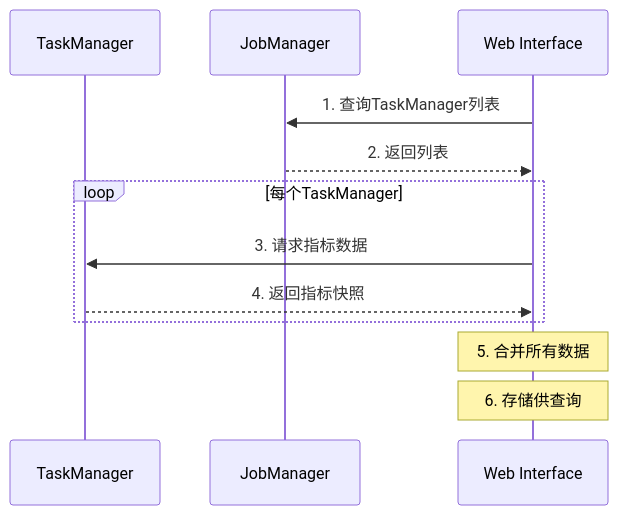
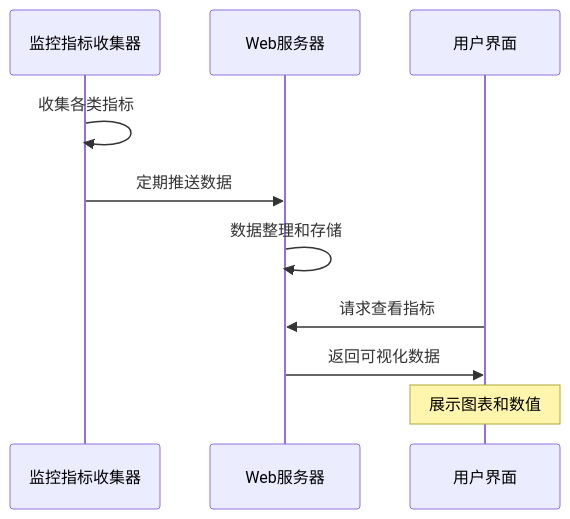
Before and after one commit to gnuhpc/flip-series: the second of 2 diagrams in flip-7.md, drawn with Mermaid. The commit also changed other lines of this file and 5 other files, not shown here.

````diff
--- a/flip-7.md
+++ b/flip-7.md
@@ -49,15 +40,13 @@
 ```mermaid
 sequenceDiagram
-    participant TM as TaskManager
-    participant JM as JobManager
-    participant WI as Web Interface
+    participant M as 监控指标收集器
+    participant W as Web服务器
+    participant U as 用户界面
     
-    WI->>JM: 1. 查询TaskManager列表
-    JM-->>WI: 2. 返回列表
-    loop 每个TaskManager
-        WI->>TM: 3. 请求指标数据
-        TM-->>WI: 4. 返回指标快照
-    end
-    Note over WI: 5. 合并所有数据
-    Note over WI: 6. 存储供查询
+    M->>M: 收集各类指标
+    M->>W: 定期推送数据
+    W->>W: 数据整理和存储
+    U->>W: 请求查看指标
+    W->>U: 返回可视化数据
+    Note over U: 展示图表和数值
 ```
````
